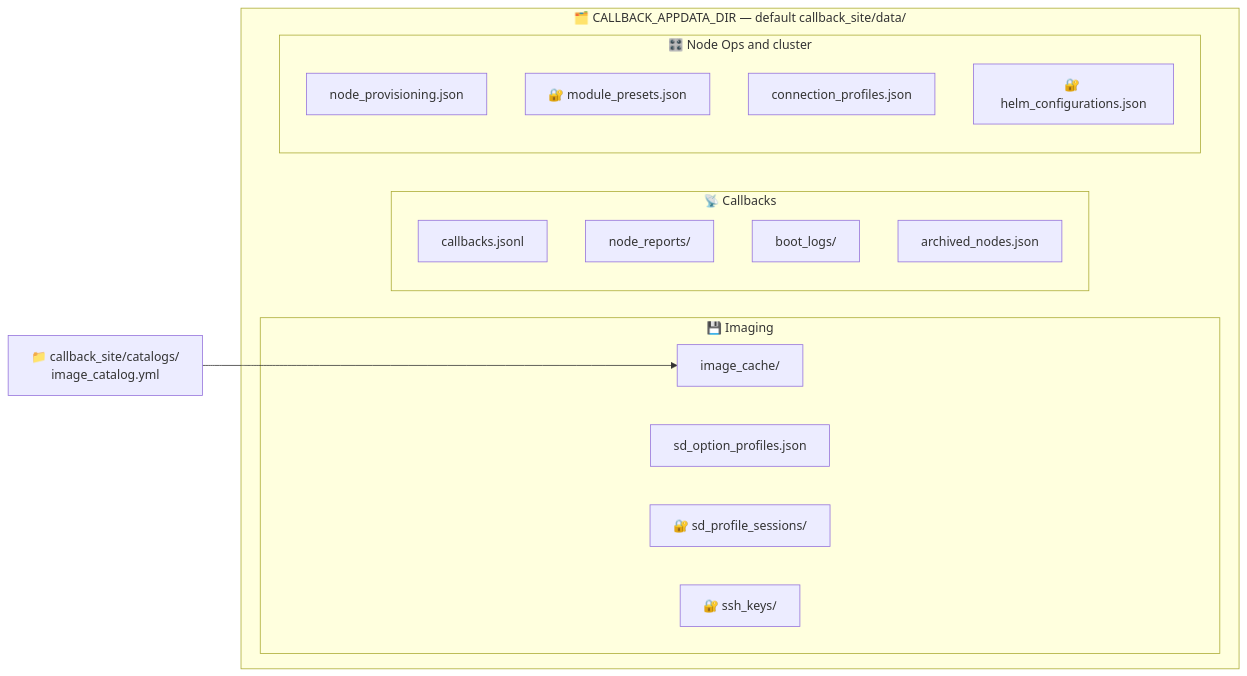
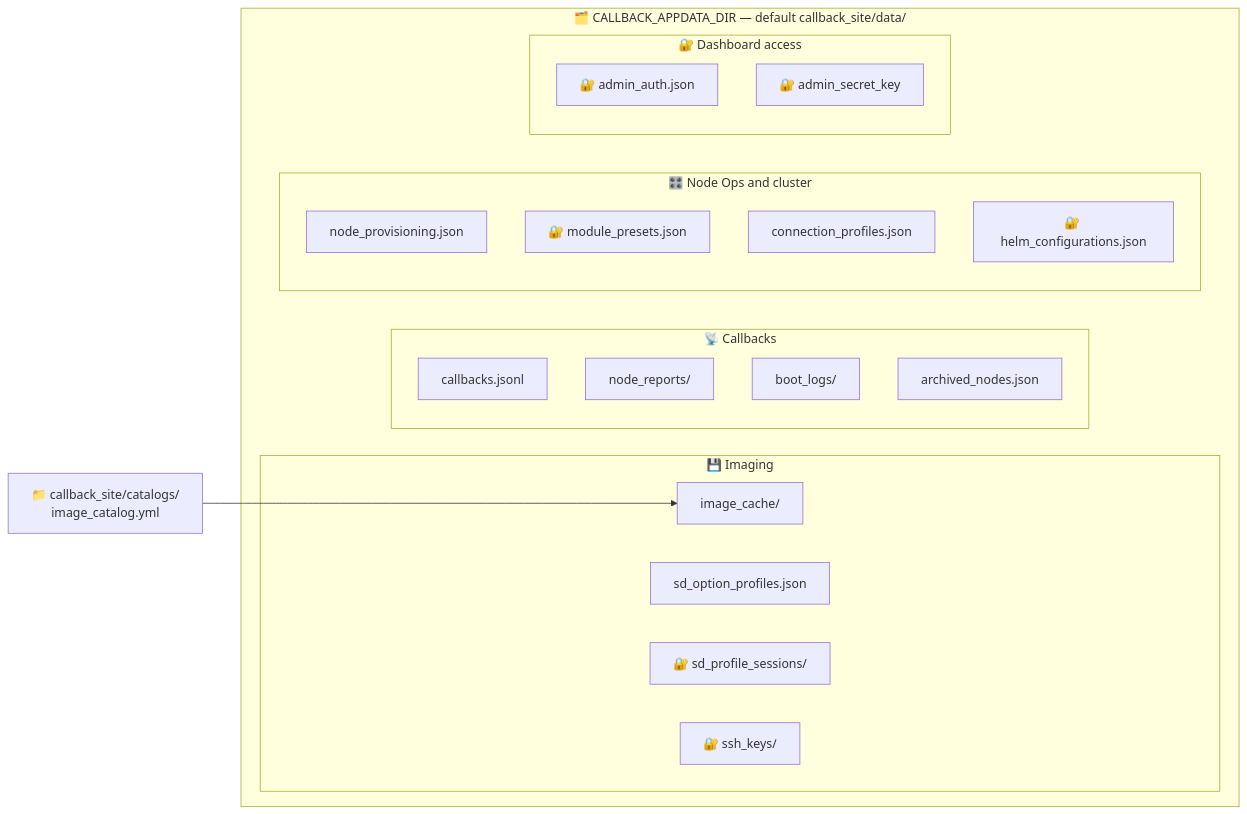
Before and after one commit to MeVsTheVoices/Playbook: diagram 27 of 29 in callback_site/README.md, drawn with Mermaid. The commit also changed other lines of this file and 38 other files, not shown here.

First line of the commit message:
Protect dashboard access and harden provisioning workflows

````diff
--- a/callback_site/README.md
+++ b/callback_site/README.md
@@ -1039,24 +1119,28 @@
 ```mermaid
 flowchart LR
   cat["📁 callback_site/catalogs/<br/>image_catalog.yml"] --> cache
   subgraph appdata["🗂️ CALLBACK_APPDATA_DIR — default callback_site/data/"]
     subgraph sd["💾 Imaging"]
       cache["image_cache/"]
       sdo["sd_option_profiles.json"]
       sess["🔐 sd_profile_sessions/"]
       keys["🔐 ssh_keys/"]
     end
     subgraph cbk["📡 Callbacks"]
       ev["callbacks.jsonl"]
       rep["node_reports/"]
       bl["boot_logs/"]
       arc["archived_nodes.json"]
     end
     subgraph ops["🎛️ Node Ops and cluster"]
       np["node_provisioning.json"]
       mp["🔐 module_presets.json"]
       cp["connection_profiles.json"]
       helm["🔐 helm_configurations.json"]
     end
+    subgraph access["🔐 Dashboard access"]
+      auth["🔐 admin_auth.json"]
+      skey["🔐 admin_secret_key"]
+    end
   end
 ```
````
